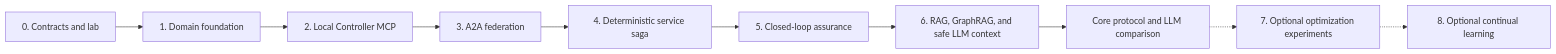
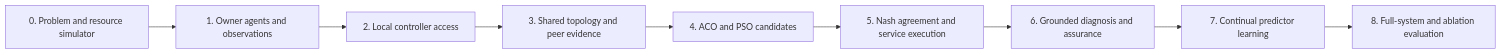
The diagram in docs/implementation-roadmap.md (allenabishekGithub/inter-domain-automatedNetworking), drawn with Mermaid before and after one commit. The commit also changed other lines of this file and 12 other files, not shown here.

Commit message:
system design making it native for ACO, PSO and Nash bargaining

````diff
--- a/docs/implementation-roadmap.md
+++ b/docs/implementation-roadmap.md
@@ -102,12 +55,11 @@
 ```mermaid
 flowchart LR
-    P0[0. Contracts and lab] --> P1[1. Domain foundation]
-    P1 --> P2[2. Local Controller MCP]
-    P2 --> P3[3. A2A federation]
-    P3 --> P4[4. Deterministic service saga]
-    P4 --> P5[5. Closed-loop assurance]
-    P5 --> P6[6. RAG, GraphRAG, and safe LLM context]
-    P6 --> E[Core protocol and LLM comparison]
-    E -.-> P7[7. Optional optimization experiments]
-    P7 -.-> P8[8. Optional continual learning]
+    P0[0. Problem and resource simulator] --> P1[1. Owner agents and observations]
+    P1 --> P2[2. Local controller access]
+    P2 --> P3[3. Shared topology and peer evidence]
+    P3 --> P4[4. ACO and PSO candidates]
+    P4 --> P5[5. Nash agreement and service execution]
+    P5 --> P6[6. Grounded diagnosis and assurance]
+    P6 --> P7[7. Continual predictor learning]
+    P7 --> P8[8. Full-system and ablation evaluation]
 ```
````
